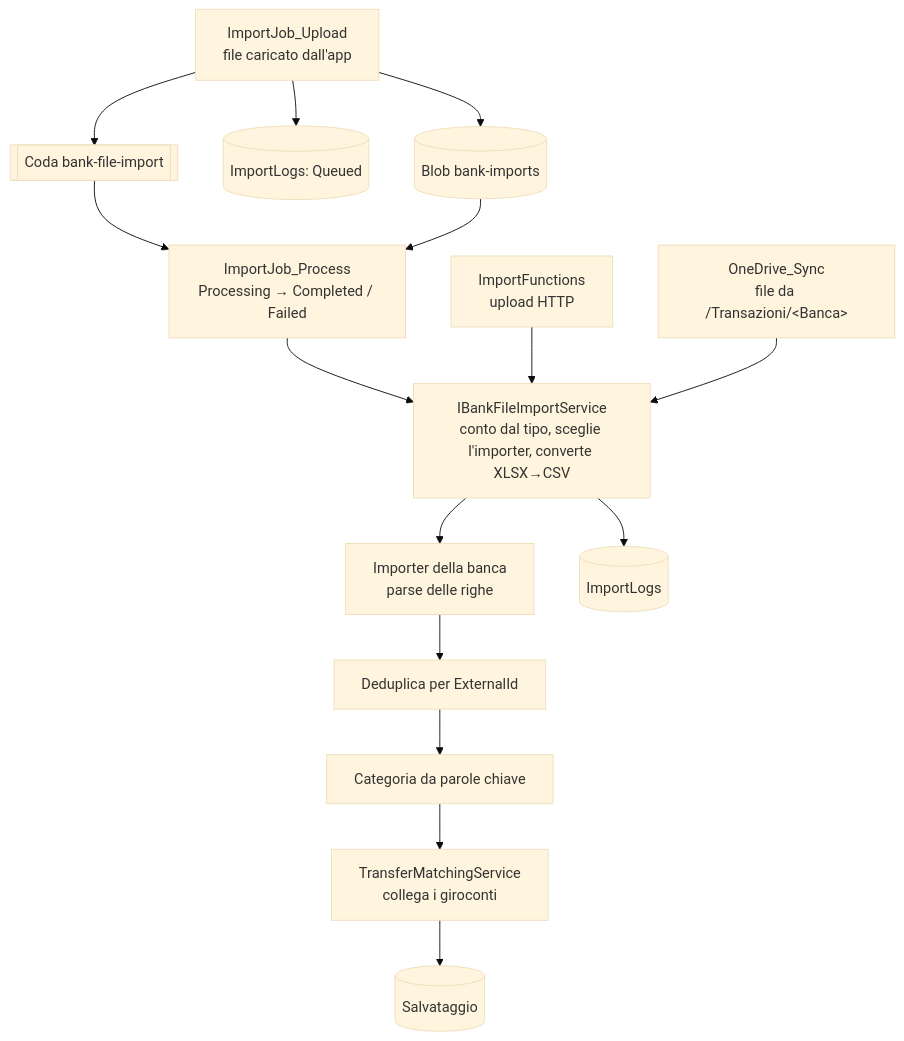
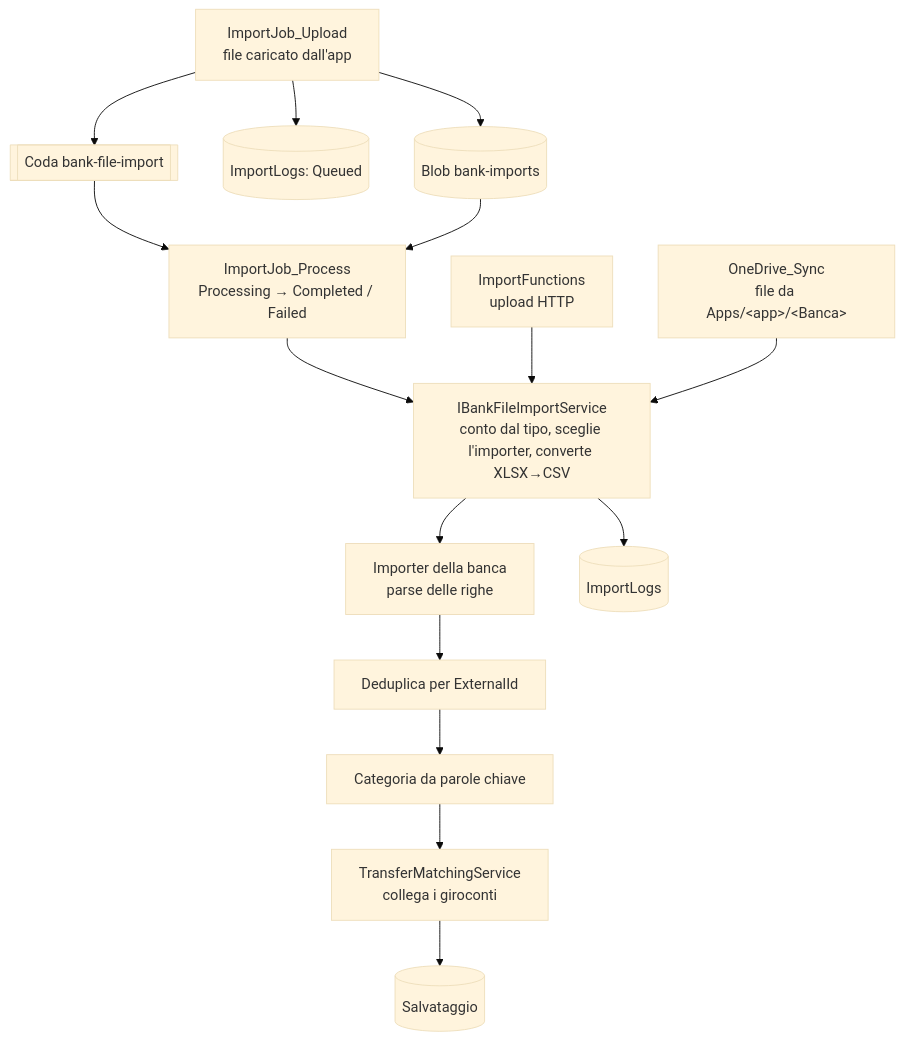
The second of 2 diagrams in docs/02-backend.md (roberto-desalvo/ExpenseTracker.App), drawn with Mermaid (base theme) before and after one commit. The commit also changed other lines of this file and 34 other files, not shown here.

First line of the commit message:
OneDrive: accesso limitato alla cartella dell'app

````diff
--- a/docs/02-backend.md
+++ b/docs/02-backend.md
@@ -113,17 +113,17 @@
 ```mermaid
 flowchart TD
     app[ImportJob_Upload<br/>file caricato dall'app] --> blob[(Blob bank-imports)]
     app --> queued[(ImportLogs: Queued)]
     app --> queue[[Coda bank-file-import]]
     queue --> job[ImportJob_Process<br/>Processing → Completed / Failed]
     blob --> job
     job --> bfi
     http[ImportFunctions<br/>upload HTTP] --> bfi
-    od[OneDrive_Sync<br/>file da /Transazioni/&lt;Banca&gt;] --> bfi
+    od[OneDrive_Sync<br/>file da Apps/&lt;app&gt;/&lt;Banca&gt;] --> bfi
     bfi[IBankFileImportService<br/>conto dal tipo, sceglie l'importer, converte XLSX→CSV] --> imp
     imp[Importer della banca<br/>parse delle righe] --> dedup[Deduplica per ExternalId]
     dedup --> enrich[Categoria da parole chiave]
     enrich --> match[TransferMatchingService<br/>collega i giroconti]
     match --> save[(Salvataggio)]
     bfi --> log[(ImportLogs)]
 ```
````
